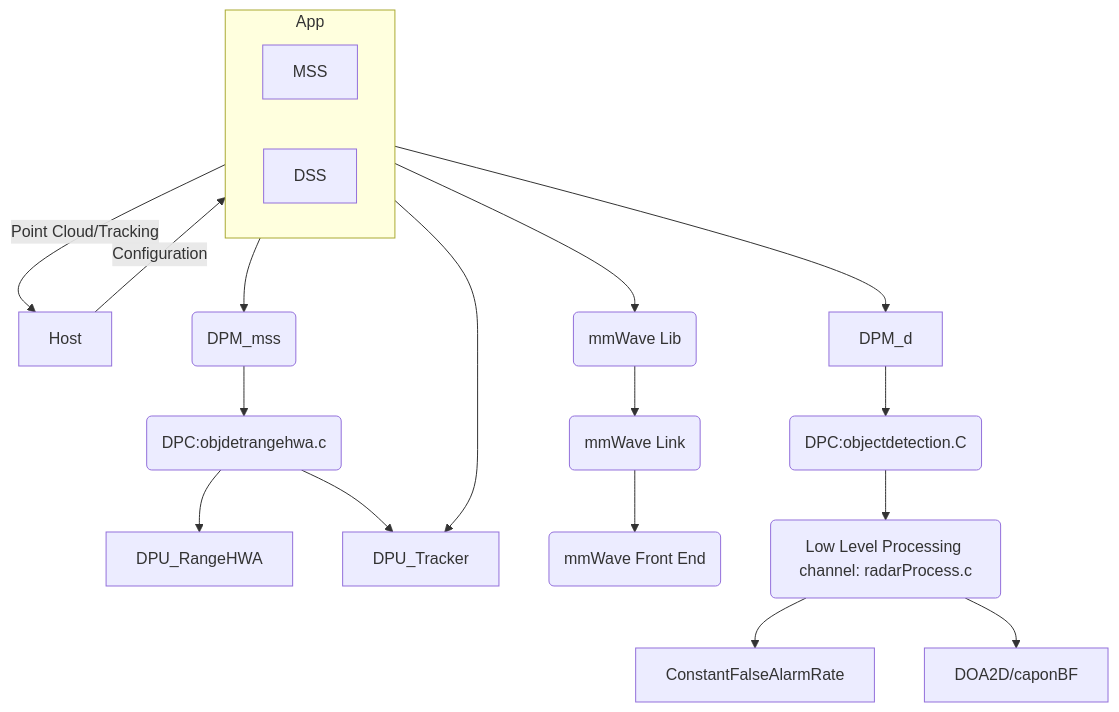
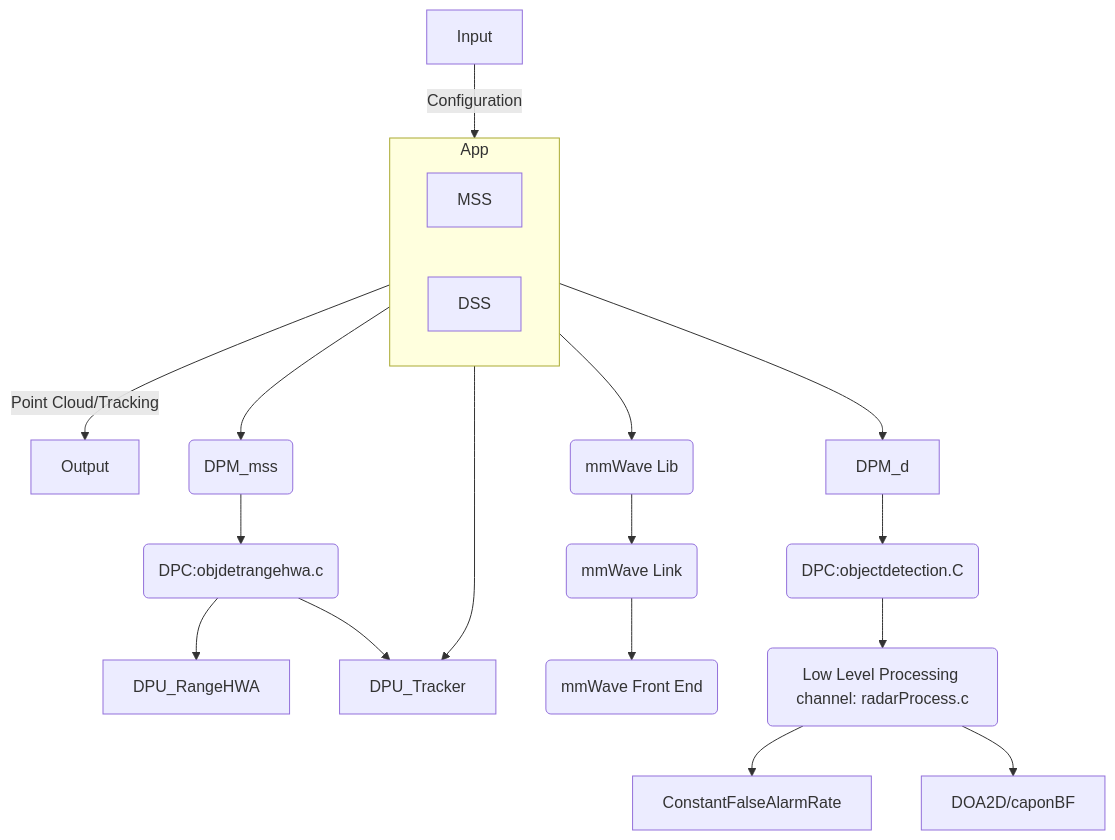
One commit to Yunjong-Lee/Interests changed the diagram in 250205_3DVOD_Review.md. Above: the diagram before and after it, drawn with Mermaid. The commit also changed other lines of this file, not shown here.

````diff
--- a/250205_3DVOD_Review.md
+++ b/250205_3DVOD_Review.md
@@ -8,27 +8,27 @@
 ```mermaid  
 flowchart TD  
-    Host -->|Configuration| MSS  
-    MSS --> |Point Cloud/Tracking| Host  
+    Input --> |Configuration| MSS  
+    MSS --> |Point Cloud/Tracking| Output  
     
     subgraph App
         direction LR
         MSS
         DSS
     end
     
     MSS --> mmWaveLib(mmWave Lib)
     MSS --> DPM_M(DPM_mss)
     DPM_M --> DPC_HWA(DPC:objdetrangehwa.c)
     DPC_HWA --> DPU_RangeHWA
     DPC_HWA --> DPU_Tracker
     
     mmWaveLib --> mmWaveLink(mmWave Link)
     mmWaveLink --> mmWaveFEM(mmWave Front End)
     MSS --> DPU_Tracker
     
     DSS --> DPM_d
     DPM_d --> DPC_d(DPC:objectdetection.C)
     DPC_d --> DPU(Low Level Processing channel: radarProcess.c)
     DPU --> ConstantFalseAlarmRate
     DPU --> DOA2D/caponBF
 ```
````
